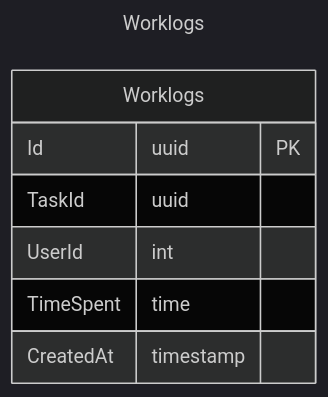
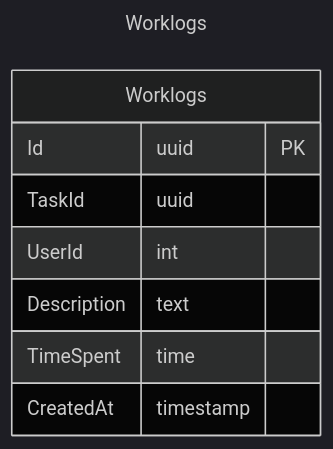
Before and after one commit to danyducky/hot-knowledge: the diagram in docs/database/worklogs.md, drawn with Mermaid (dark theme).

Commit message:
Add worklog description TASK-42

````diff
--- a/docs/database/worklogs.md
+++ b/docs/database/worklogs.md
@@ -1,15 +1,17 @@
 ```mermaid
 ---
 title: Worklogs
 ---
 
 erDiagram
     Worklogs {
         Id uuid PK
         TaskId uuid
         UserId int
 
+        Description text
         TimeSpent time
+
         CreatedAt timestamp
     }
 ```
````
